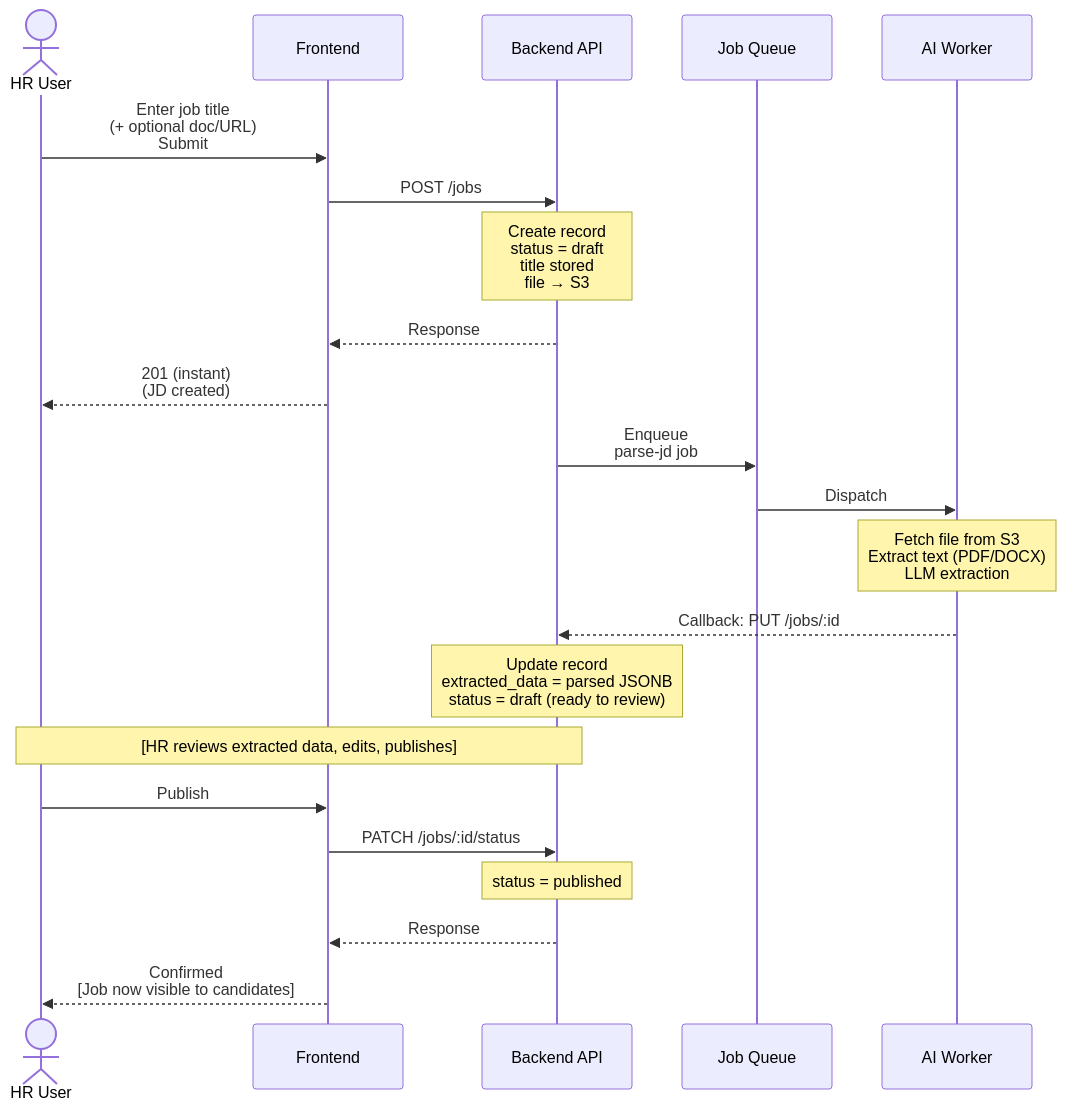
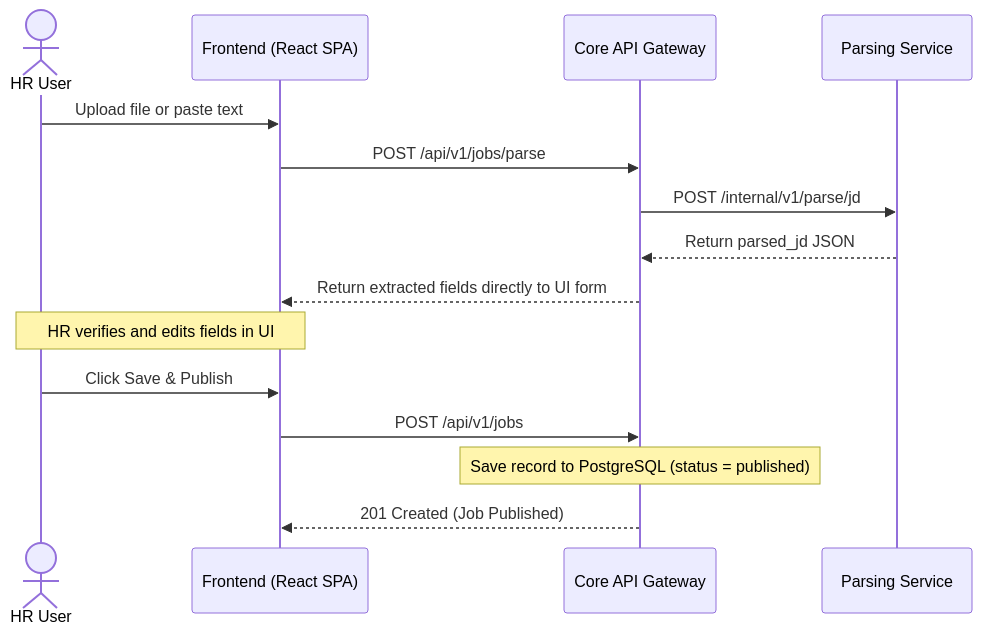
Before and after one commit to joshsoftware/EZScreen: the second of 4 diagrams in docs/requirements/AI_SCREENING_REQUIREMENTS.md, drawn with Mermaid. The commit also changed other lines of this file and 2 other files, not shown here.

````diff
--- a/docs/requirements/AI_SCREENING_REQUIREMENTS.md
+++ b/docs/requirements/AI_SCREENING_REQUIREMENTS.md
@@ -126,27 +99,18 @@
 ```mermaid
 sequenceDiagram
     actor HR as HR User
-    participant F as Frontend
-    participant B as Backend API
-    participant Q as Job Queue
-    participant W as AI Worker
+    participant F as Frontend (React SPA)
+    participant B as Core API Gateway
+    participant P as Parsing Service
 
-    HR->>F: Enter job title<br/>(+ optional doc/URL)<br/>Submit
-    F->>B: POST /jobs
-    Note over B: Create record<br/>status = draft<br/>title stored<br/>file → S3
-    B-->>F: Response
-    F-->>HR: 201 (instant)<br/>(JD created)
-    
-    B->>Q: Enqueue<br/>parse-jd job
-    Q->>W: Dispatch
-    Note over W: Fetch file from S3<br/>Extract text (PDF/DOCX)<br/>LLM extraction
-    W-->>B: Callback: PUT /jobs/:id
-    Note over B: Update record<br/>extracted_data = parsed JSONB<br/>status = draft (ready to review)
-    
-    Note over HR,B: [HR reviews extracted data, edits, publishes]
-    HR->>F: Publish
-    F->>B: PATCH /jobs/:id/status
-    Note over B: status = published
-    B-->>F: Response
-    F-->>HR: Confirmed<br/>[Job now visible to candidates]
+    HR->>F: Upload file or paste text
+    F->>B: POST /api/v1/jobs/parse
+    B->>P: POST /internal/v1/parse/jd
+    P-->>B: Return parsed_jd JSON
+    B-->>F: Return extracted fields directly to UI form
+    Note over HR,F: HR verifies and edits fields in UI
+    HR->>F: Click Save & Publish
+    F->>B: POST /api/v1/jobs
+    Note over B: Save record to PostgreSQL (status = published)
+    B-->>F: 201 Created (Job Published)
 ```
````
